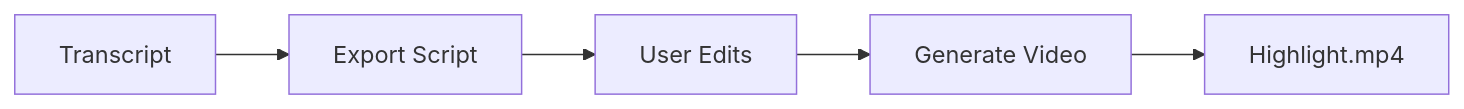
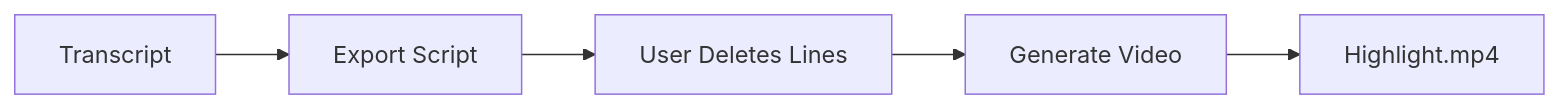
Before and after one commit to jykim/claude-obsidian-skills: the third of 3 diagrams in video-add-chapters/SKILL.md, drawn with Mermaid. The commit also changed other lines of this file and 1 other file, not shown here.

````diff
--- a/video-add-chapters/SKILL.md
+++ b/video-add-chapters/SKILL.md
@@ -115,7 +153,7 @@
 ```mermaid
 flowchart LR
     A[Transcript] --> B[Export Script]
-    B --> C[User Edits]
+    B --> C[User Deletes Lines]
     C --> D[Generate Video]
     D --> E[Highlight.mp4]
 ```
````
